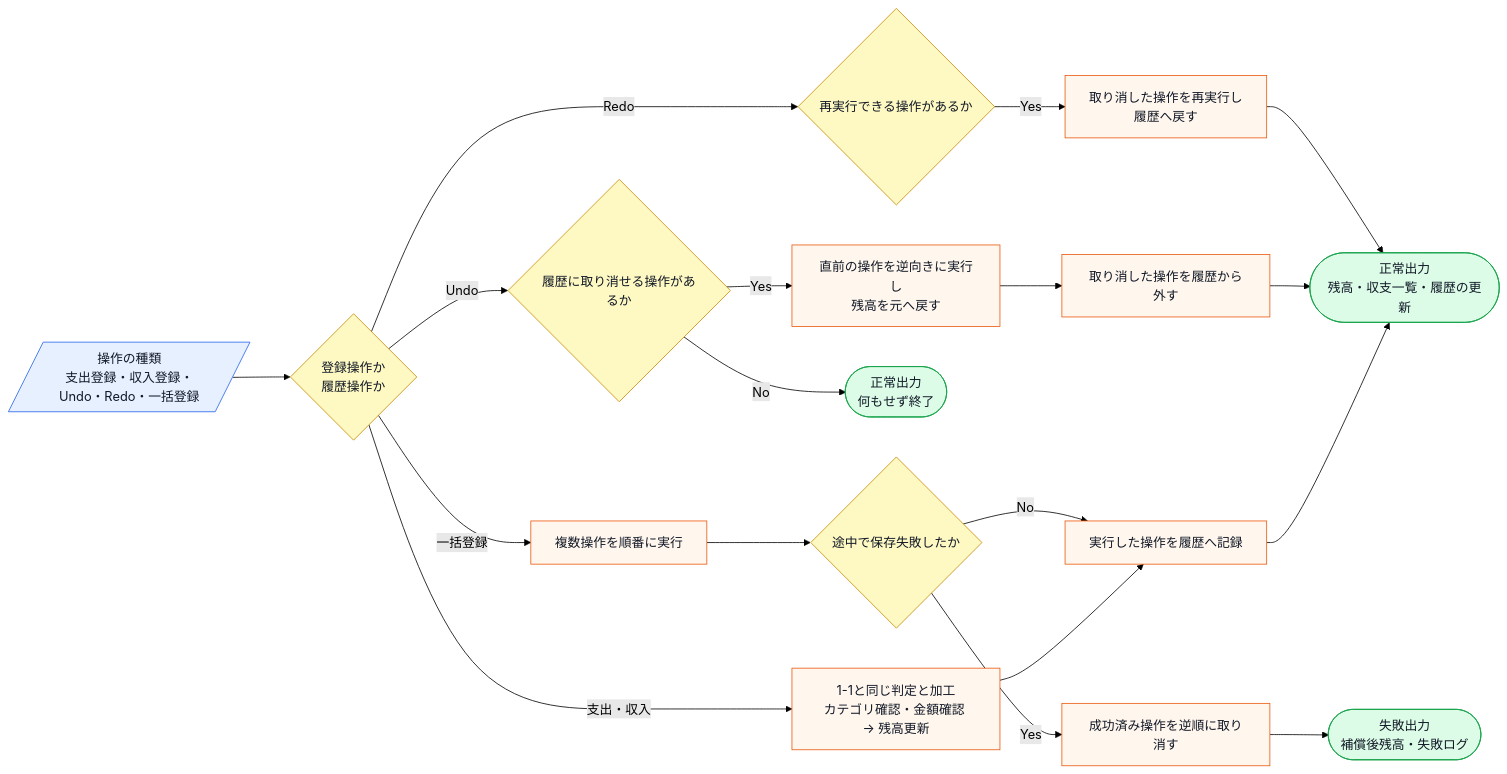
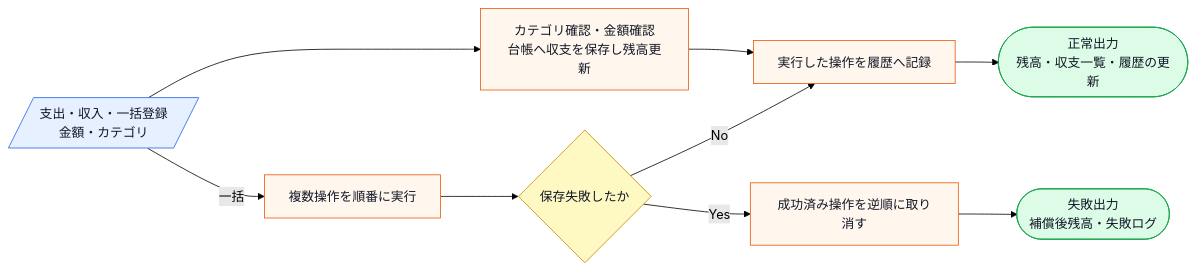
Before and after one commit to kumachan1101-pixel/DesignPattern: the sixth of 15 diagrams in kindle/design-patterns/output/chapter05.md, drawn with Mermaid (forest theme). The commit also changed other lines of this file and 21 other files, not shown here.

````diff
--- a/kindle/design-patterns/output/chapter05.md
+++ b/kindle/design-patterns/output/chapter05.md
@@ -472,25 +481,16 @@
 ```mermaid
 flowchart LR
-    A[/操作の種類<br>支出登録・収入登録・Undo・Redo・一括登録/]:::input --> B{登録操作か<br>履歴操作か}:::decision
-    B -->|支出・収入| C[1-1と同じ判定と加工<br>カテゴリ確認・金額確認 → 残高更新]:::process
+    A[/支出・収入・一括登録<br>金額・カテゴリ/]:::input --> C[カテゴリ確認・金額確認<br>台帳へ収支を保存し残高更新]:::process
     C --> D[実行した操作を履歴へ記録]:::process
     D --> E([正常出力<br>残高・収支一覧・履歴の更新]):::normal
-    B -->|Undo| F{履歴に取り消せる操作があるか}:::decision
-    F -->|Yes| G[直前の操作を逆向きに実行し<br>残高を元へ戻す]:::process
-    G --> H[取り消した操作を履歴から外す]:::process
-    H --> E
-    F -->|No| I([正常出力<br>何もせず終了]):::normal
-    B -->|Redo| J{再実行できる操作があるか}:::decision
-    J -->|Yes| K[取り消した操作を再実行し<br>履歴へ戻す]:::process
-    K --> E
-    B -->|一括登録| M[複数操作を順番に実行]:::process
-    M --> N{途中で保存失敗したか}:::decision
+    A -->|一括| M[複数操作を順番に実行]:::process
+    M --> N{保存失敗したか}:::decision
     N -->|No| D
     N -->|Yes| O[成功済み操作を逆順に取り消す]:::process
     O --> P([失敗出力<br>補償後残高・失敗ログ]):::normal
 
     classDef input fill:#e7f0ff,stroke:#2563eb,color:#111827;
     classDef process fill:#fff7ed,stroke:#ea580c,color:#111827;
     classDef decision fill:#fef9c3,stroke:#ca8a04,color:#111827;
     classDef normal fill:#dcfce7,stroke:#16a34a,color:#111827;
 ```
````
